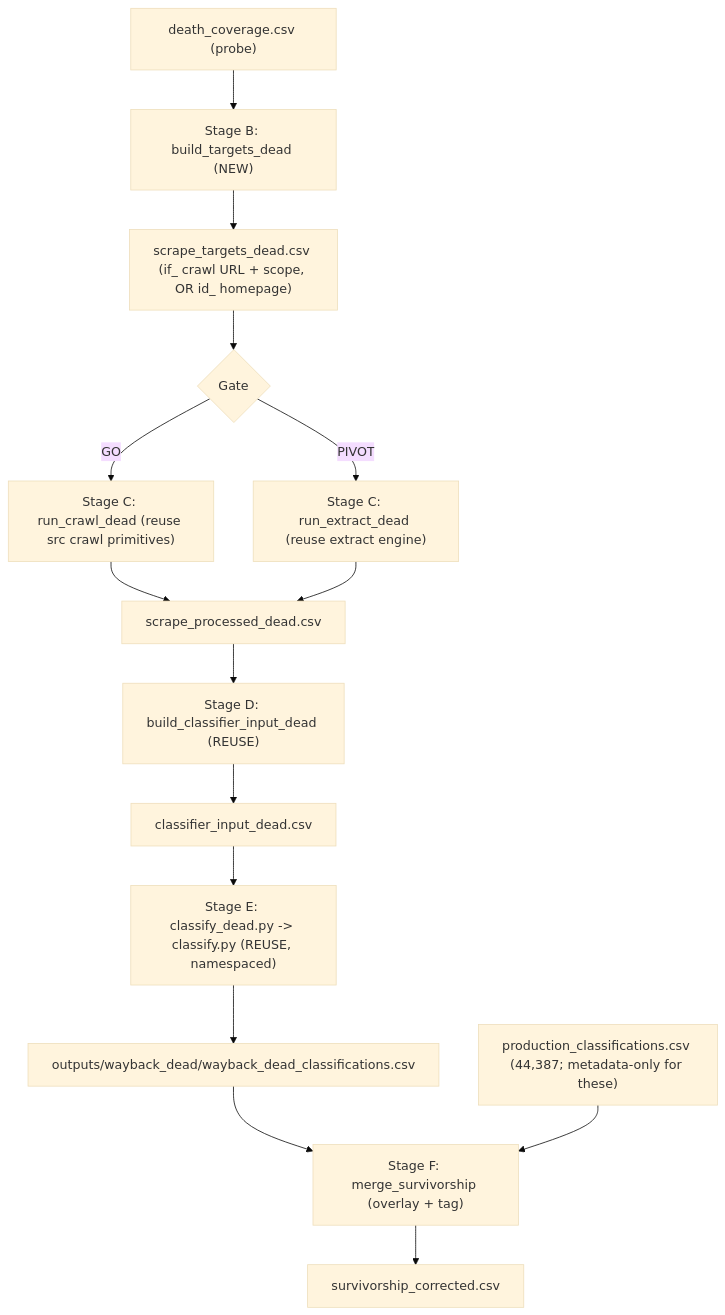
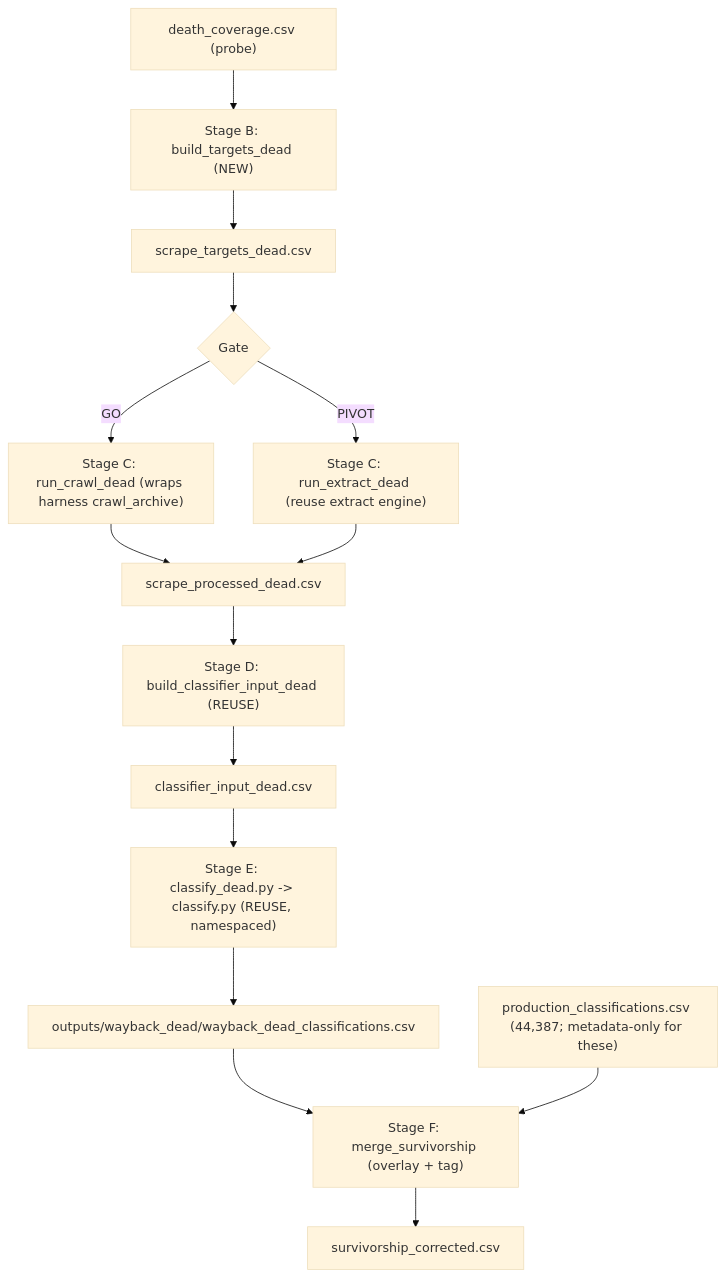
One commit to k-hanafi/ai-startups-taxonomy-research changed the diagram in plans/survivorship_tavily_pipeline_4088f370.plan.md. Above: the diagram before and after it, drawn with Mermaid (base theme). The commit also changed other lines of this file and 4 other files, not shown here.

````diff
--- a/plans/survivorship_tavily_pipeline_4088f370.plan.md
+++ b/plans/survivorship_tavily_pipeline_4088f370.plan.md
@@ -85,17 +54,17 @@
 ```mermaid
 flowchart TD
     cov["death_coverage.csv (probe)"] --> B["Stage B: build_targets_dead (NEW)"]
-    B --> tgt["scrape_targets_dead.csv (if_ crawl URL + scope, OR id_ homepage)"]
+    B --> tgt["scrape_targets_dead.csv"]
     tgt --> C{"Gate"}
-    C -->|GO| crawl["Stage C: run_crawl_dead (reuse src crawl primitives)"]
+    C -->|GO| crawl["Stage C: run_crawl_dead (wraps harness crawl_archive)"]
     C -->|PIVOT| extract["Stage C: run_extract_dead (reuse extract engine)"]
     crawl --> proc["scrape_processed_dead.csv"]
     extract --> proc
     proc --> D["Stage D: build_classifier_input_dead (REUSE)"]
     D --> ci["classifier_input_dead.csv"]
     ci --> E["Stage E: classify_dead.py -> classify.py (REUSE, namespaced)"]
     E --> dead["outputs/wayback_dead/wayback_dead_classifications.csv"]
     dead --> F["Stage F: merge_survivorship (overlay + tag)"]
     prod["production_classifications.csv (44,387; metadata-only for these)"] --> F
     F --> corrected["survivorship_corrected.csv"]
 ```
````
